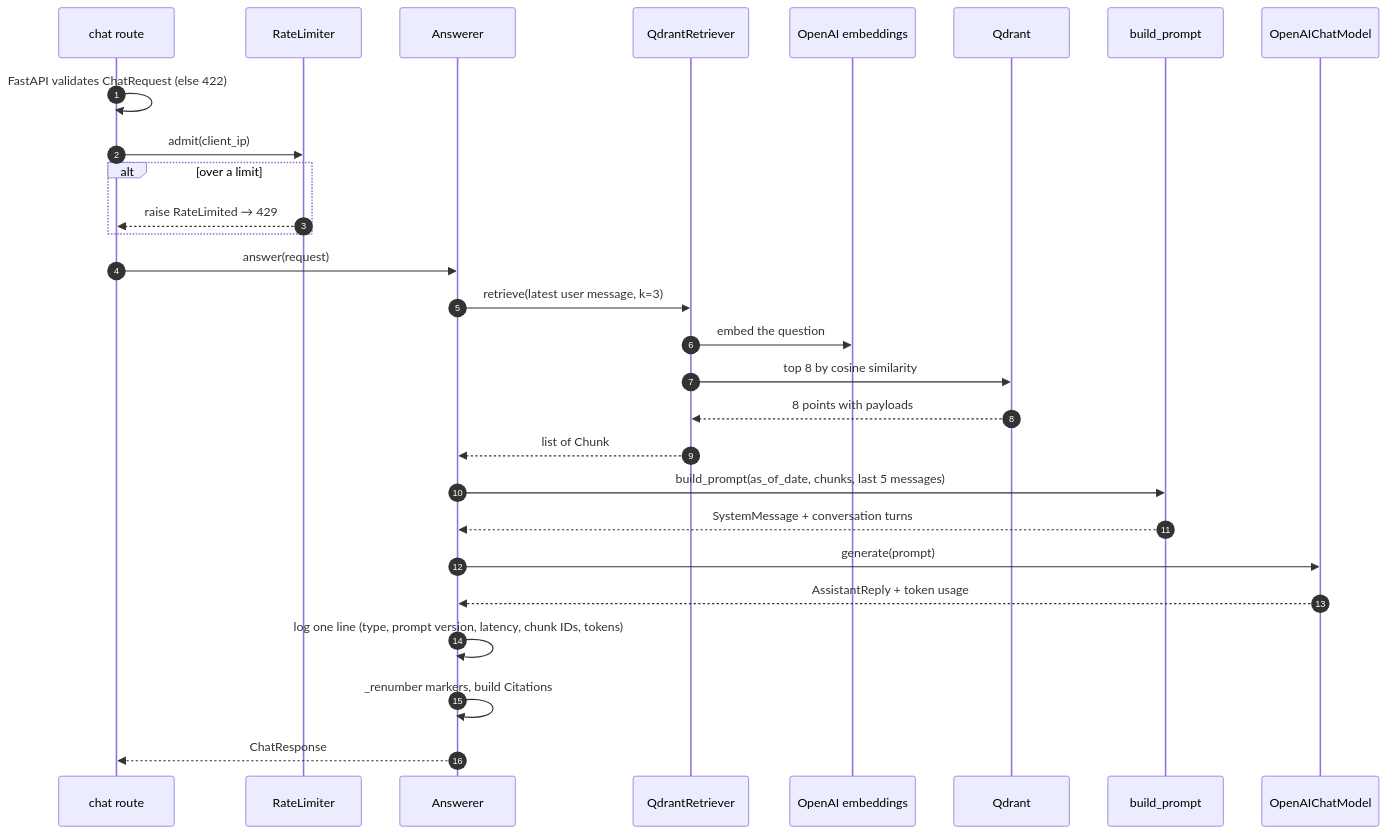
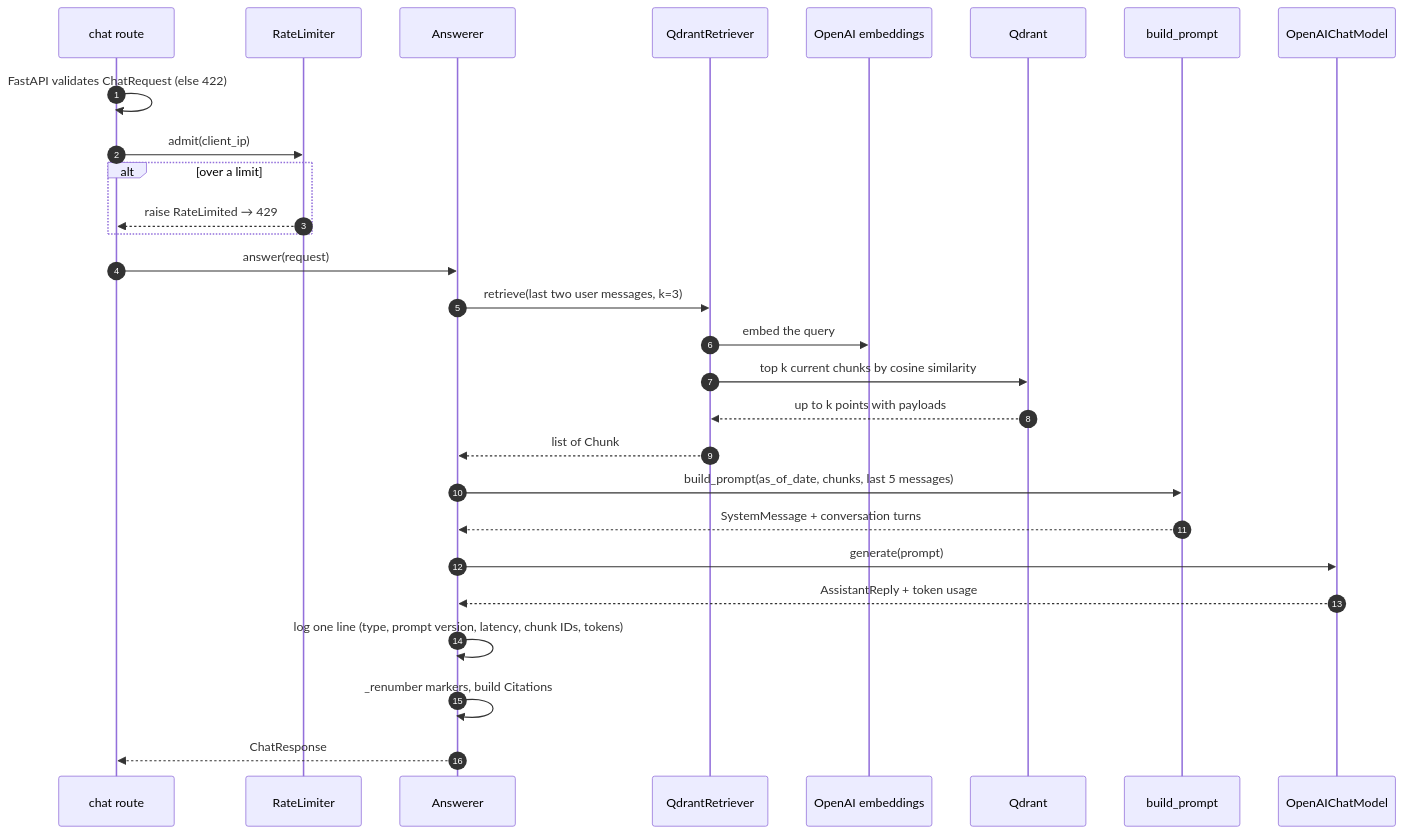
The tenth of 14 diagrams in docs/developer-guide.md (NaveenManjappa/hr-assist), drawn with Mermaid before and after one commit. The commit also changed other lines of this file and 15 other files, not shown here.

First line of the commit message:
Search only current documents, search follow-ups with the previous question, and keep replies short

````diff
--- a/docs/developer-guide.md
+++ b/docs/developer-guide.md
@@ -917,30 +919,30 @@
 ```mermaid
 sequenceDiagram
     autonumber
     participant R as chat route
     participant L as RateLimiter
     participant A as Answerer
     participant Q as QdrantRetriever
     participant O as OpenAI embeddings
     participant D as Qdrant
     participant P as build_prompt
     participant M as OpenAIChatModel
     R->>R: FastAPI validates ChatRequest (else 422)
     R->>L: admit(client_ip)
     alt over a limit
         L-->>R: raise RateLimited → 429
     end
     R->>A: answer(request)
-    A->>Q: retrieve(latest user message, k=3)
-    Q->>O: embed the question
-    Q->>D: top 8 by cosine similarity
-    D-->>Q: 8 points with payloads
+    A->>Q: retrieve(last two user messages, k=3)
+    Q->>O: embed the query
+    Q->>D: top k current chunks by cosine similarity
+    D-->>Q: up to k points with payloads
     Q-->>A: list of Chunk
     A->>P: build_prompt(as_of_date, chunks, last 5 messages)
     P-->>A: SystemMessage + conversation turns
     A->>M: generate(prompt)
     M-->>A: AssistantReply + token usage
     A->>A: log one line (type, prompt version, latency, chunk IDs, tokens)
     A->>A: _renumber markers, build Citations
     A-->>R: ChatResponse
 ```
````
